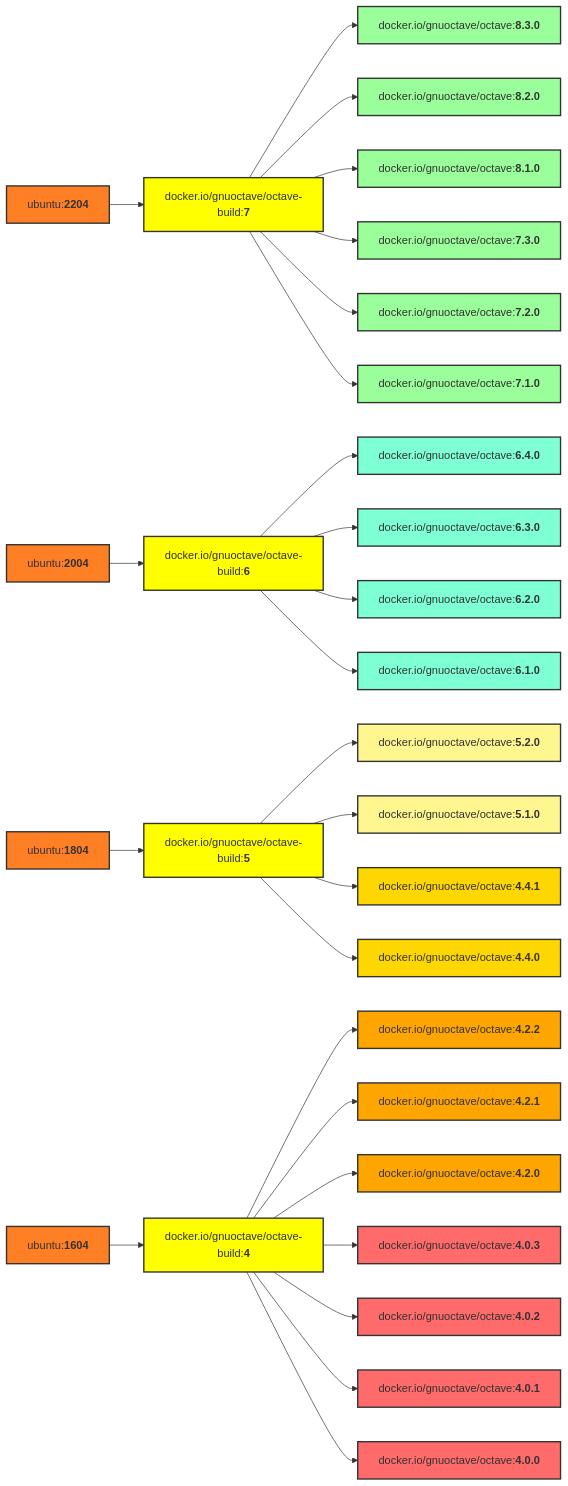
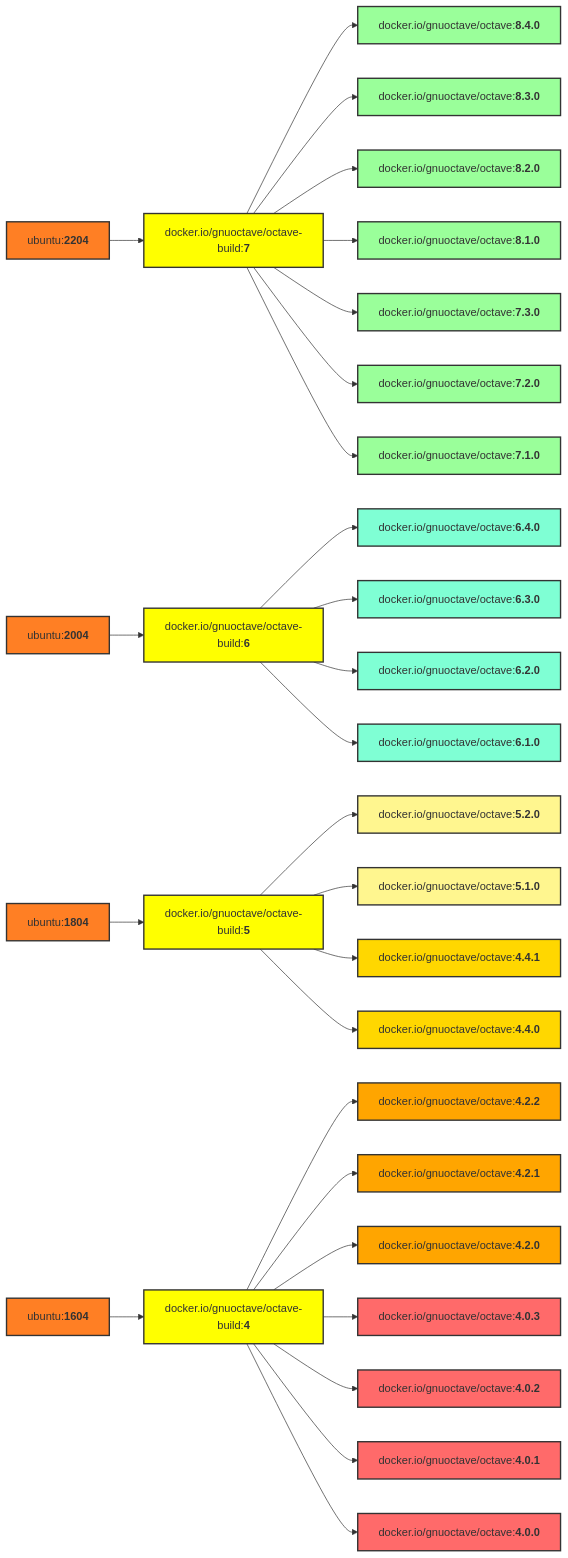
Before and after one commit to gnu-octave/docker: the diagram in README.md, drawn with Mermaid. The commit also changed other lines of this file and 7 other files, not shown here.

````diff
--- a/README.md
+++ b/README.md
@@ -85,65 +85,67 @@
 ```mermaid
 graph LR
     U4[ubuntu:<b>2204</b>] --> b7[docker.io/gnuoctave/octave-build:<b>7</b>];
     U3[ubuntu:<b>2004</b>] --> b6[docker.io/gnuoctave/octave-build:<b>6</b>];
     U2[ubuntu:<b>1804</b>] --> b5[docker.io/gnuoctave/octave-build:<b>5</b>];
     U1[ubuntu:<b>1604</b>] --> b4[docker.io/gnuoctave/octave-build:<b>4</b>];
+    b7 --> v840[docker.io/gnuoctave/octave:<b>8.4.0</b>];
     b7 --> v830[docker.io/gnuoctave/octave:<b>8.3.0</b>];
     b7 --> v820[docker.io/gnuoctave/octave:<b>8.2.0</b>];
     b7 --> v810[docker.io/gnuoctave/octave:<b>8.1.0</b>];
     b7 --> v730[docker.io/gnuoctave/octave:<b>7.3.0</b>];
     b7 --> v720[docker.io/gnuoctave/octave:<b>7.2.0</b>];
     b7 --> v710[docker.io/gnuoctave/octave:<b>7.1.0</b>];
     b6 --> v640[docker.io/gnuoctave/octave:<b>6.4.0</b>];
     b6 --> v630[docker.io/gnuoctave/octave:<b>6.3.0</b>];
     b6 --> v620[docker.io/gnuoctave/octave:<b>6.2.0</b>];
     b6 --> v610[docker.io/gnuoctave/octave:<b>6.1.0</b>];
     b5 --> v520[docker.io/gnuoctave/octave:<b>5.2.0</b>];
     b5 --> v510[docker.io/gnuoctave/octave:<b>5.1.0</b>];
     b5 --> v441[docker.io/gnuoctave/octave:<b>4.4.1</b>];
     b5 --> v440[docker.io/gnuoctave/octave:<b>4.4.0</b>];
     b4 --> v422[docker.io/gnuoctave/octave:<b>4.2.2</b>];
     b4 --> v421[docker.io/gnuoctave/octave:<b>4.2.1</b>];
     b4 --> v420[docker.io/gnuoctave/octave:<b>4.2.0</b>];
     b4 --> v403[docker.io/gnuoctave/octave:<b>4.0.3</b>];
     b4 --> v402[docker.io/gnuoctave/octave:<b>4.0.2</b>];
     b4 --> v401[docker.io/gnuoctave/octave:<b>4.0.1</b>];
     b4 --> v400[docker.io/gnuoctave/octave:<b>4.0.0</b>];
     classDef U fill:#ff7f24,stroke:#333,stroke-width:2px;
     class U1 U;
     class U2 U;
     class U3 U;
     class U4 U;
     classDef b fill:#ff0,stroke:#333,stroke-width:2px;
     class b4 b;
     class b5 b;
     class b6 b;
     class b7 b;
     classDef age1 fill:#9aff9a,stroke:#333,stroke-width:2px;
     classDef age2 fill:#7fffd4,stroke:#333,stroke-width:2px;
     classDef age3 fill:#fff68f,stroke:#333,stroke-width:2px;
     classDef age4 fill:#ffd700,stroke:#333,stroke-width:2px;
     classDef age5 fill:#ffa500,stroke:#333,stroke-width:2px;
     classDef age6 fill:#ff6a6a,stroke:#333,stroke-width:2px;
+    class v840 age1;
     class v830 age1;
     class v820 age1;
     class v810 age1;
     class v730 age1;
     class v720 age1;
     class v710 age1;
     class v640 age2;
     class v630 age2;
     class v620 age2;
     class v610 age2;
     class v520 age3;
     class v510 age3;
     class v441 age4;
     class v440 age4;
     class v422 age5;
     class v421 age5;
     class v420 age5;
     class v403 age6;
     class v402 age6;
     class v401 age6;
     class v400 age6;
 ```
````
